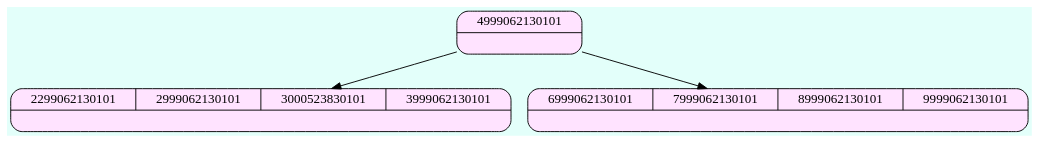
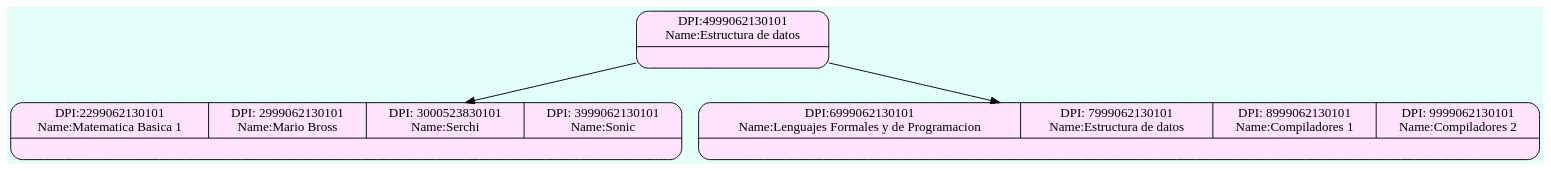
One commit to Serch-ING/EDD_UDRAWING_202000119 changed the diagram in FASE 2/Grafico/Admin_Btree_Clients.dot. Above: the diagram before and after it, drawn with Graphviz. The commit also changed 3 other files, not shown here.

```diff
--- a/FASE 2/Grafico/Admin_Btree_Clients.dot
+++ b/FASE 2/Grafico/Admin_Btree_Clients.dot
@@ -1,10 +1,10 @@
 digraph structs {
   bgcolor = "#E3FFFA"
  node [shape=Mrecord fillcolor="#FFE3FF" style =filled];
-struct886392987[label="{{4999062130101}|<here>}"];
-struct1255104929[label="{{2299062130101| 2999062130101| 3000523830101| 3999062130101}|<here>}"];
-struct1674410224[label="{{6999062130101| 7999062130101| 8999062130101| 9999062130101}|<here>}"];
+struct1955638246[label="{{DPI:4999062130101\nName:Estructura de datos}|<here>}"];
+struct1250075467[label="{{DPI:2299062130101\nName:Matematica Basica 1|DPI: 2999062130101\nName:Mario Bross|DPI: 3000523830101\nName:Serchi|DPI: 3999062130101\nName:Sonic}|<here>}"];
+struct353179037[label="{{DPI:6999062130101\nName:Lenguajes Formales y de Programacion|DPI: 7999062130101\nName:Estructura de datos|DPI: 8999062130101\nName:Compiladores 1|DPI: 9999062130101\nName:Compiladores 2}|<here>}"];
 
-struct886392987->struct1255104929;
-struct886392987->struct1674410224;
+struct1955638246->struct1250075467;
+struct1955638246->struct353179037;
 }
```
